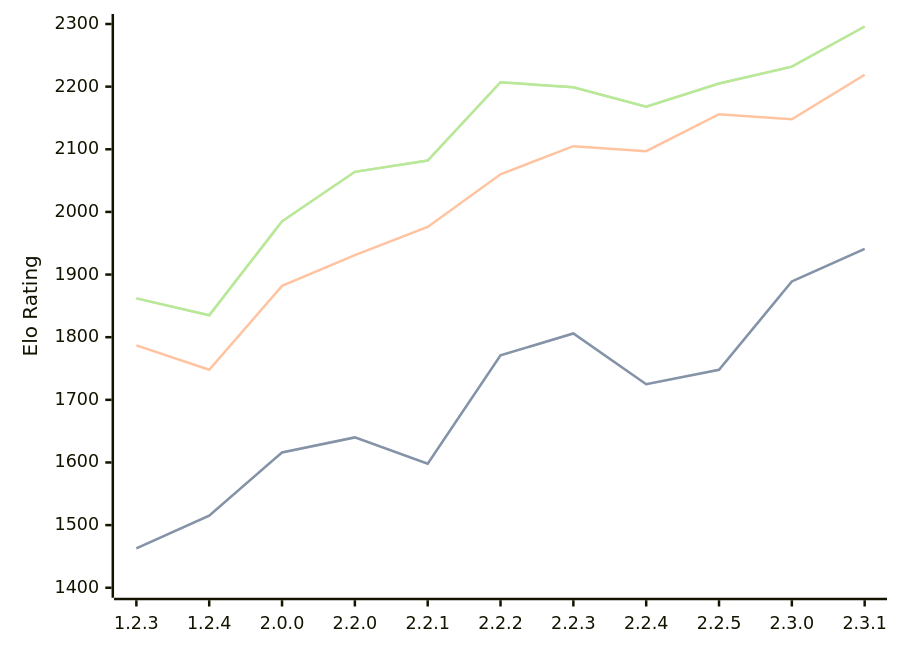
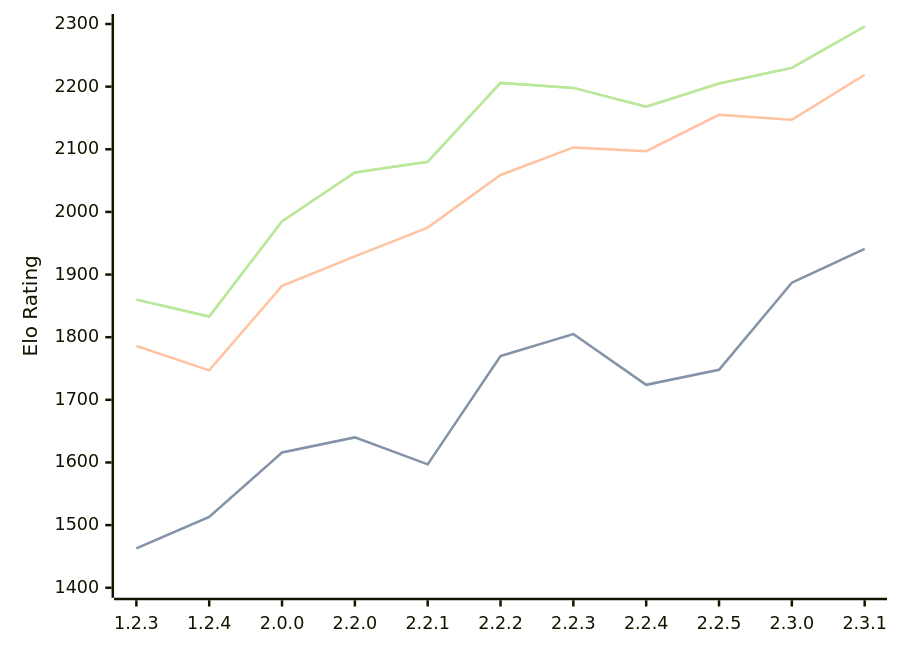
The first of 3 diagrams in engines/Kreveta.md (computer-chess-index/cci), drawn with Mermaid before and after one commit. The commit also changed other lines of this file, not shown here.

Commit message:
Update CCI Ratings (ELO VLTC) - 2026-06-27

````diff
--- a/engines/Kreveta.md
+++ b/engines/Kreveta.md
@@ -43,11 +43,11 @@
 ```mermaid
 %%{init: {"theme":"base","themeVariables":{"seriesColors:['#a3a3a3','#222221','#faa371']}}}%%
 xychart-beta
   x-axis ["1.2.3", "1.2.4", "2.0.0", "2.2.0", "2.2.1", "2.2.2", "2.2.3", "2.2.4", "2.2.5", "2.3.0", "2.3.1"]
   y-axis "Elo Rating" 1400 --> 2300
-  line "STC (8.0+0.08s)" [1463, 1515, 1616, 1640, 1598, 1771, 1806, 1725, 1748, 1889, 1941]
-  line "STC (8.0+0.08s)" [1463, 1515, 1616, 1640, 1598, 1771, 1806, 1725, 1748, 1889, 1941]
-  line "LTC (60.0+0.60s)" [1787, 1748, 1882, 1931, 1976, 2060, 2105, 2097, 2156, 2148, 2219]
-  line "VLTC (2m24s+1.12s)" [1862, 1835, 1985, 2064, 2082, 2207, 2199, 2168, 2205, 2232, 2296]
-  line "VLTC (2m24s+1.12s)" [1862, 1835, 1985, 2064, 2082, 2207, 2199, 2168, 2205, 2232, 2296]
+  line "STC (8.0+0.08s)" [1463, 1513, 1616, 1640, 1597, 1770, 1805, 1724, 1748, 1887, 1941]
+  line "STC (8.0+0.08s)" [1463, 1513, 1616, 1640, 1597, 1770, 1805, 1724, 1748, 1887, 1941]
+  line "LTC (60.0+0.60s)" [1786, 1747, 1882, 1929, 1975, 2059, 2103, 2097, 2155, 2147, 2219]
+  line "VLTC (2m24s+1.12s)" [1860, 1833, 1985, 2063, 2080, 2206, 2198, 2168, 2205, 2230, 2296]
+  line "VLTC (2m24s+1.12s)" [1860, 1833, 1985, 2063, 2080, 2206, 2198, 2168, 2205, 2230, 2296]
 ```
````
